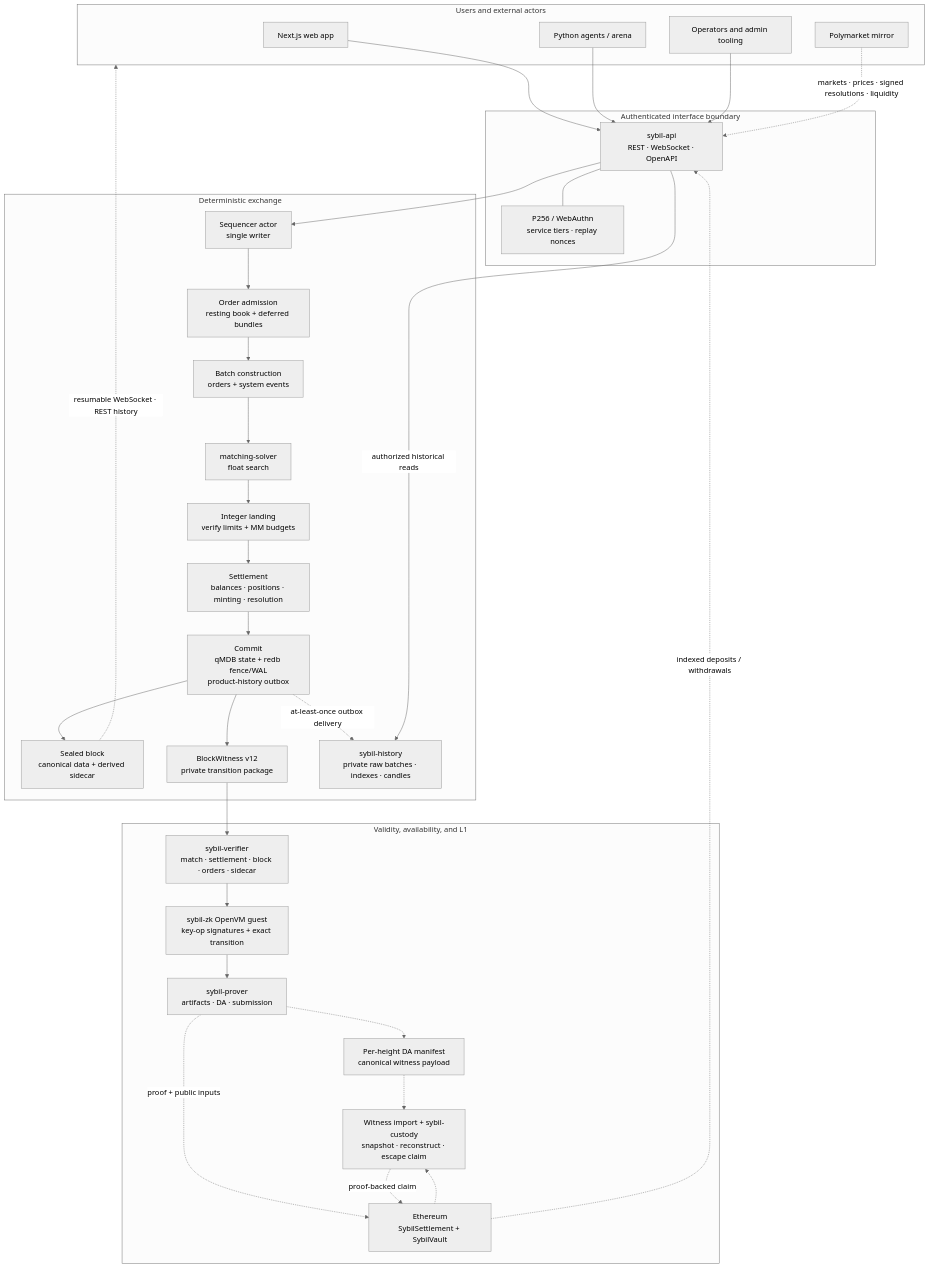
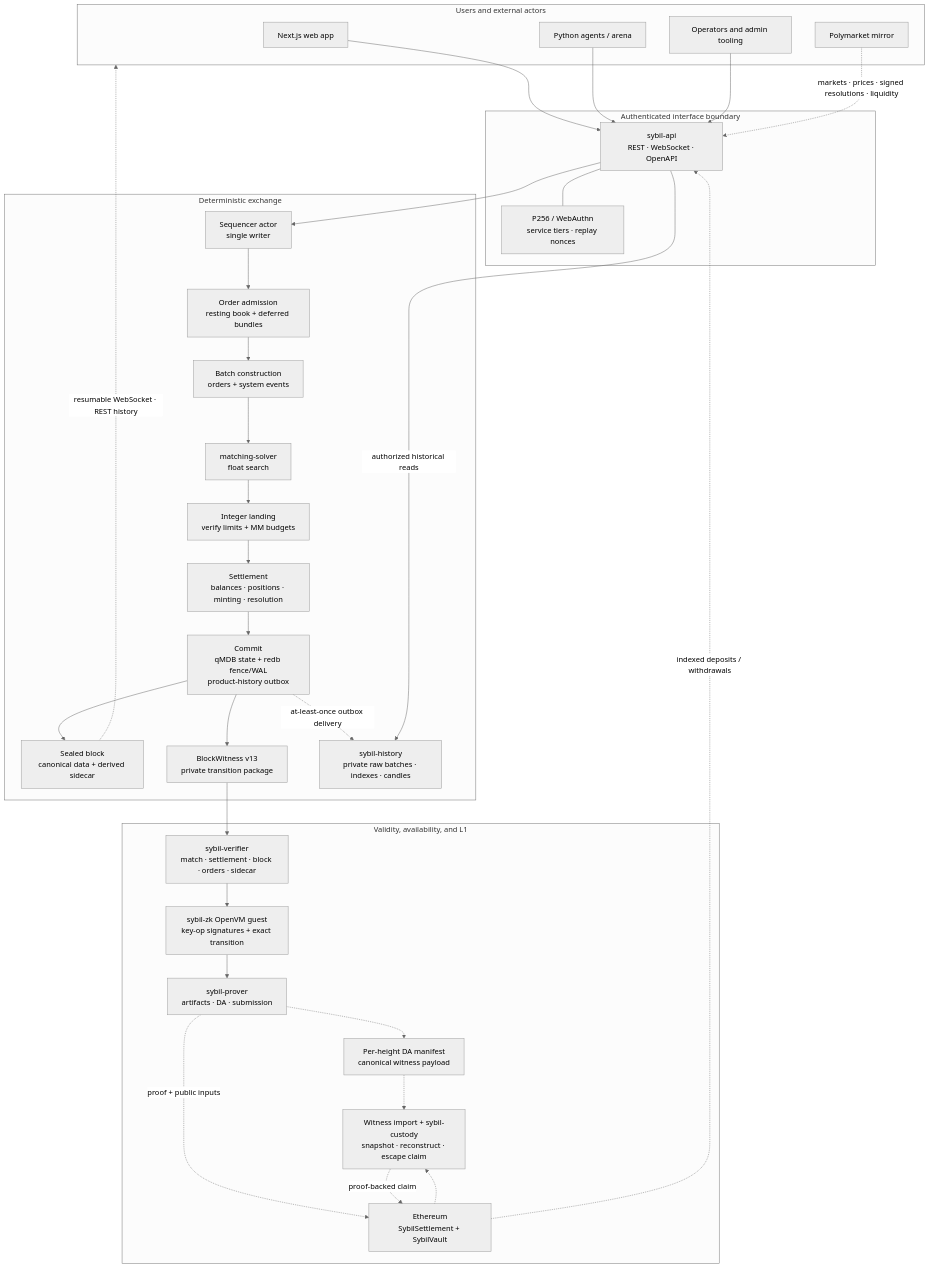
Before and after one commit to MetaB0y/sybil: the first of 2 diagrams in docs/architecture/Sybil Architecture.md, drawn with Mermaid (neutral theme). The commit also changed other lines of this file and 69 other files, not shown here.

````diff
--- a/docs/architecture/Sybil Architecture.md
+++ b/docs/architecture/Sybil Architecture.md
@@ -21,58 +21,58 @@
 ```mermaid
 flowchart TB
     subgraph users["Users and external actors"]
         WEB["Next.js web app"]
         BOTS["Python agents / arena"]
         PM["Polymarket mirror"]
         OPS["Operators and admin tooling"]
     end
 
     subgraph edge["Authenticated interface boundary"]
         API["sybil-api<br/>REST · WebSocket · OpenAPI"]
         AUTH["P256 / WebAuthn<br/>service tiers · replay nonces"]
         API --- AUTH
     end
 
     subgraph exchange["Deterministic exchange"]
         ACTOR["Sequencer actor<br/>single writer"]
         ADMIT["Order admission<br/>resting book + deferred bundles"]
         BATCH["Batch construction<br/>orders + system events"]
         SOLVE["matching-solver<br/>float search"]
         LAND["Integer landing<br/>verify limits + MM budgets"]
         SETTLE["Settlement<br/>balances · positions · minting · resolution"]
         STORE["Commit<br/>qMDB state + redb fence/WAL<br/>product-history outbox"]
         BLOCK["Sealed block<br/>canonical data + derived sidecar"]
-        WIT["BlockWitness v12<br/>private transition package"]
+        WIT["BlockWitness v13<br/>private transition package"]
         HIST["sybil-history<br/>private raw batches · indexes · candles"]
 
         ACTOR --> ADMIT --> BATCH --> SOLVE --> LAND --> SETTLE --> STORE
         STORE --> BLOCK
         STORE --> WIT
         STORE -.->|"at-least-once outbox delivery"| HIST
     end
 
     subgraph validity["Validity, availability, and L1"]
         VERIFY["sybil-verifier<br/>match · settlement · block · orders · sidecar"]
         GUEST["sybil-zk OpenVM guest<br/>key-op signatures + exact transition"]
         PROVER["sybil-prover<br/>artifacts · DA · submission"]
         DA["Per-height DA manifest<br/>canonical witness payload"]
         L1["Ethereum<br/>SybilSettlement + SybilVault"]
         ESCAPE["Witness import + sybil-custody<br/>snapshot · reconstruct · escape claim"]
 
         WIT --> VERIFY --> GUEST --> PROVER
         PROVER -.-> DA
         PROVER -.->|"proof + public inputs"| L1
         DA -.-> ESCAPE
         L1 -.-> ESCAPE
         ESCAPE -.->|"proof-backed claim"| L1
     end
 
     WEB --> API
     BOTS --> API
     OPS --> API
     PM -.->|"markets · prices · signed resolutions · liquidity"| API
     API --> ACTOR
     API -->|"authorized historical reads"| HIST
     BLOCK -.->|"resumable WebSocket · REST history"| users
     L1 -.->|"indexed deposits / withdrawals"| API
 ```
````
